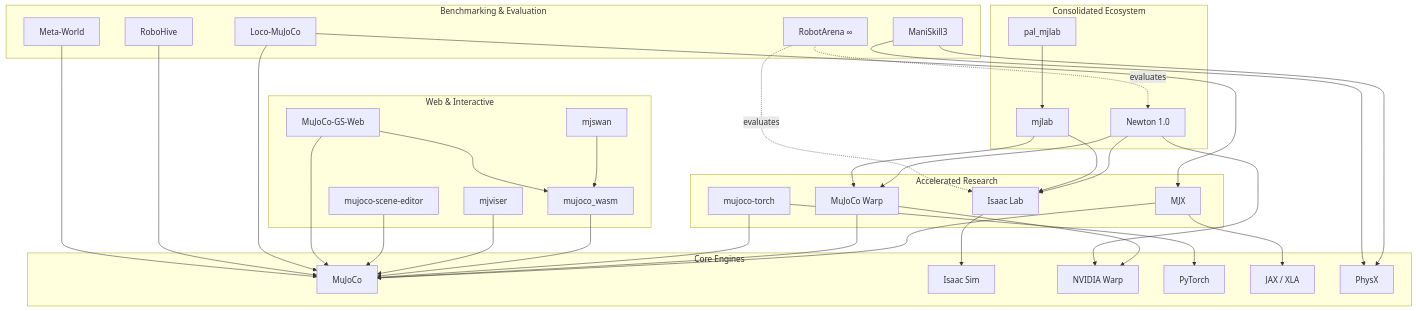
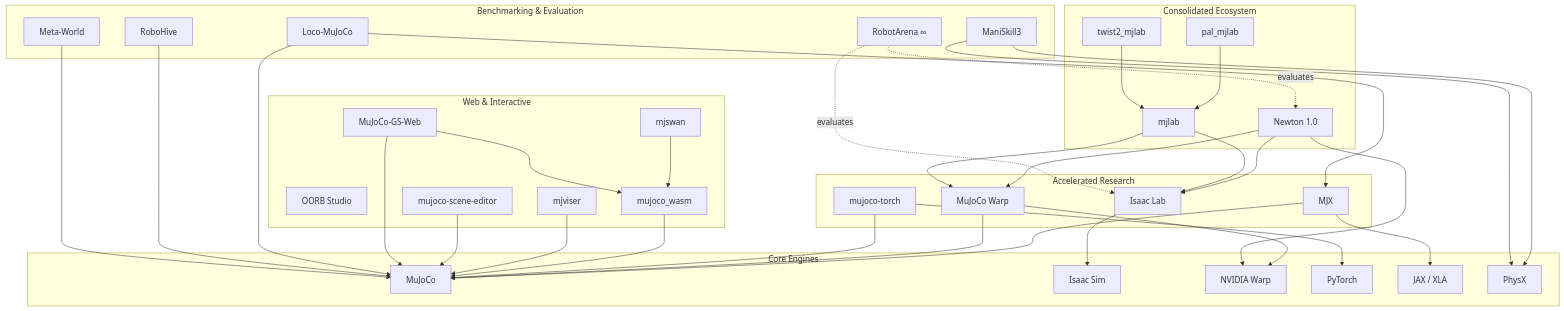
The diagram in README.md (robomotic/sim-benchmarks), drawn with Mermaid before and after one commit. The commit also changed other lines of this file, not shown here.

````diff
--- a/README.md
+++ b/README.md
@@ -132,71 +141,74 @@
 ```mermaid
 graph TD
     subgraph Core_Engines [Core Engines]
         MuJoCo[MuJoCo]
         IsaacSim[Isaac Sim]
         Warp[NVIDIA Warp]
         PyTorch[PyTorch]
         JAX[JAX / XLA]
         PhysX[PhysX]
     end
 
     subgraph Accelerated_Research [Accelerated Research]
         MJX[MJX] 
         MJWarp[MuJoCo Warp]
         IsaacLab[Isaac Lab]
         MJTorch[mujoco-torch]
     end
 
     subgraph Consolidated_Ecosystem [Consolidated Ecosystem]
         Newton[Newton 1.0]
         mjlab[mjlab]
         pal_mjlab[pal_mjlab]
+        twist2_mjlab[twist2_mjlab]
     end
 
     subgraph Web_Interactive [Web & Interactive]
+        OORB[OORB Studio]
         mjwasm[mujoco_wasm]
         mjswan[mjswan]
         mjviser[mjviser]
         mjscene[mujoco-scene-editor]
         mjgs[MuJoCo-GS-Web]
     end
 
     subgraph Evaluation_Suites [Benchmarking & Evaluation]
         RobotArena[RobotArena ∞]
         LocoMuJoCo[Loco-MuJoCo]
         ManiSkill[ManiSkill3]
         RoboHive[RoboHive]
         MetaWorld[Meta-World]
     end
 
     %% Dependencies
     MJX --> MuJoCo
     MJX --> JAX
     MJWarp --> MuJoCo
     MJWarp --> Warp
     MJTorch --> MuJoCo
     MJTorch --> PyTorch
     IsaacLab --> IsaacSim
     Newton --> MJWarp
     Newton --> IsaacLab
     Newton --> Warp
     mjlab --> IsaacLab
     mjlab --> MJWarp
     pal_mjlab --> mjlab
+    twist2_mjlab --> mjlab
     mjwasm --> MuJoCo
     mjswan --> mjwasm
     mjviser --> MuJoCo
     mjscene --> MuJoCo
     mjgs --> mjwasm
     mjgs --> MuJoCo
     
     %% Evaluation Mappings
     RobotArena -. evaluates .-> Newton
     RobotArena -. evaluates .-> IsaacLab
     LocoMuJoCo --> MuJoCo
     LocoMuJoCo --> MJX
     ManiSkill --> PhysX
     ManiSkill --> PhysX
     RoboHive --> MuJoCo
     MetaWorld --> MuJoCo
 ```
````
